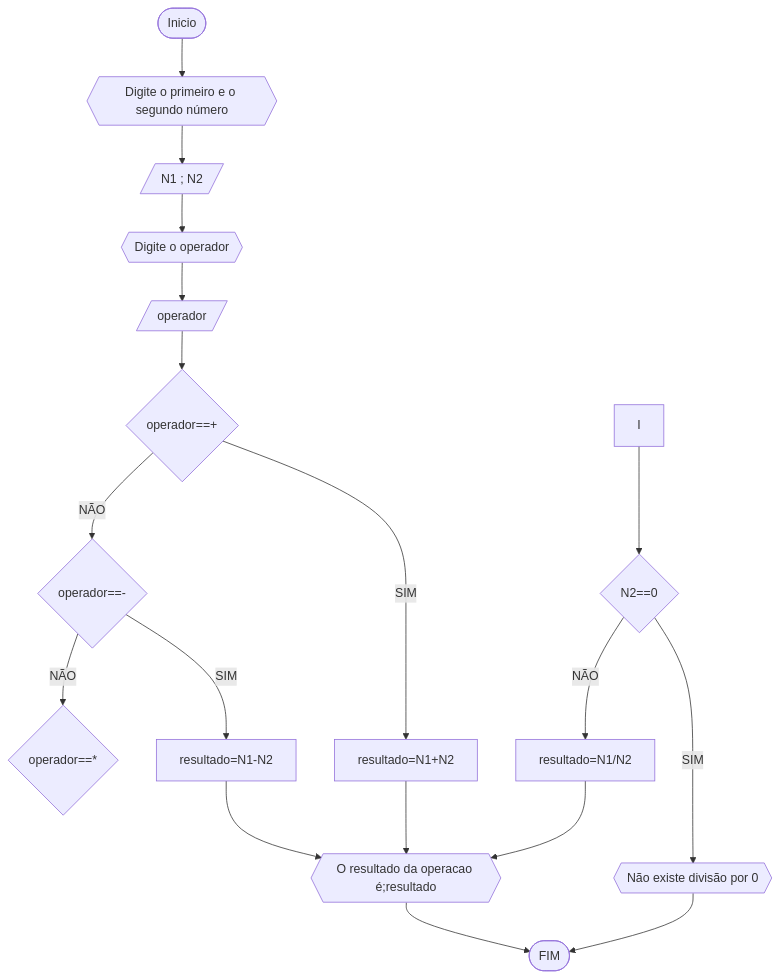
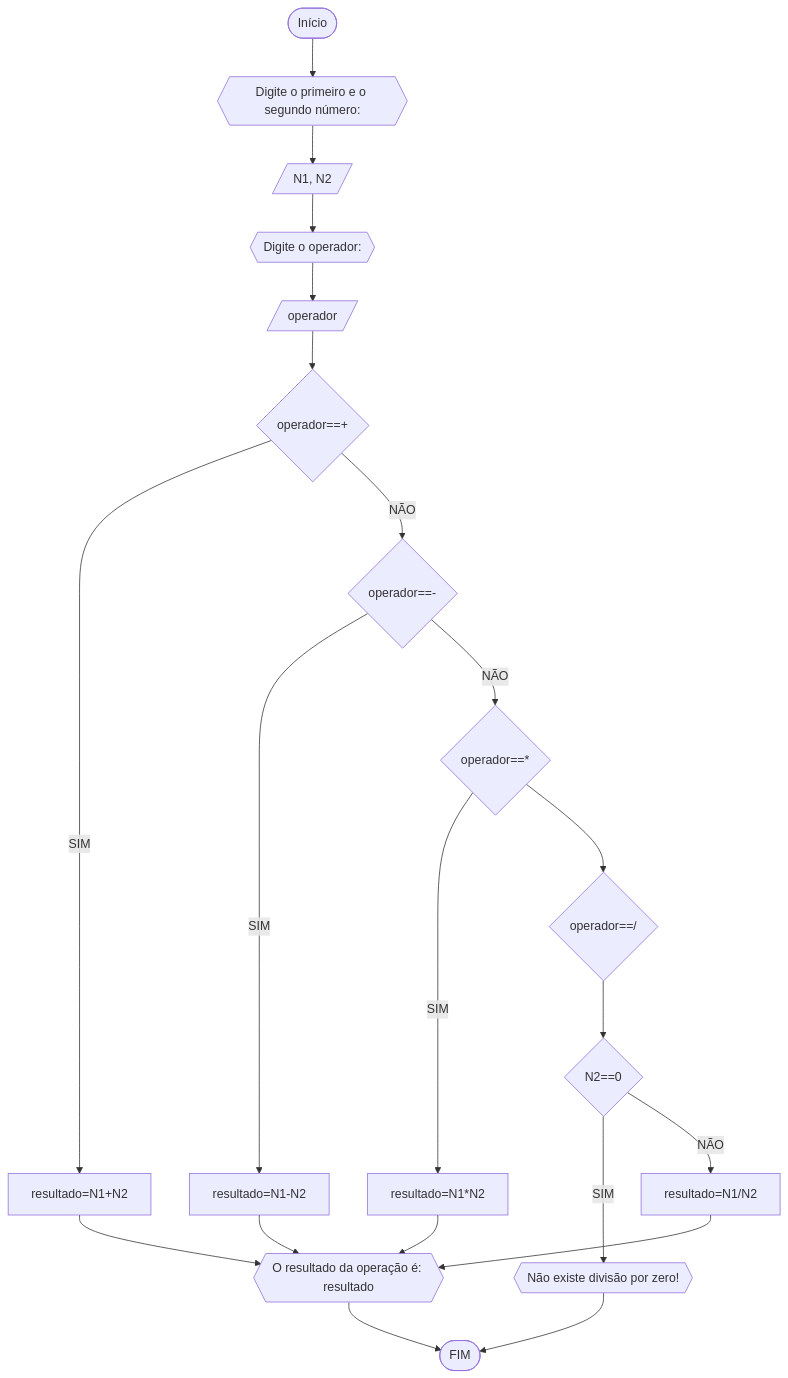
The third of 3 diagrams in RLA/unidade 1/lista2.md (cauaaguiar/unifor-), drawn with Mermaid before and after one commit. The commit also changed other lines of this file, not shown here.

````diff
--- a/RLA/unidade 1/lista2.md
+++ b/RLA/unidade 1/lista2.md
@@ -77,20 +76,23 @@
-```mermaid 
+```mermaid
 flowchart TD
-A([Inicio]) --> B{{Digite o primeiro e o segundo número}}
-B --> C[/N1 ; N2/]
-C --> D{{ Digite o operador }}
-D --> E[/operador/]
-E --> F{"operador=="+""}
-F --SIM--> O[resultado=N1+N2]
-O --> M
-F --NÃO--> G{"operador=="-""}
-G --SIM--> P[resultado=N1-N2]
-P --> M
-G --NÃO--> H{"operador=="*""}
-I --> J{"N2==0"}
-J --SIM--> K{{"Não existe divisão por 0"}}
-K --> N
-J --NÃO--> L[resultado=N1/N2]
-L --> M{{"O resultado da operacao é;resultado"}}
-M --> N([FIM])
+A([Início])-->B{{"Digite o primeiro e o segundo número: "}}
+B-->C[/N1, N2/]
+C-->D{{"Digite o operador: "}}
+D-->E[/operador/]
+E-->F{"operador=="+""}
+F--SIM-->O[resultado=N1+N2]
+O-->M
+F--NÃO-->G{"operador=="-""}
+G--SIM-->P[resultado=N1-N2]
+P-->M
+G--NÃO-->H{"operador=="*""}
+H--SIM-->Q[resultado=N1*N2]
+Q-->M
+H-->I{"operador=="/""}
+I-->J{"N2==0"}
+J--SIM-->K{{"Não existe divisão por zero!"}}
+K-->N
+J--NÃO-->L[resultado=N1/N2]
+L-->M{{"O resultado da operação é: resultado"}}
+M-->N([FIM])
 ```
````
